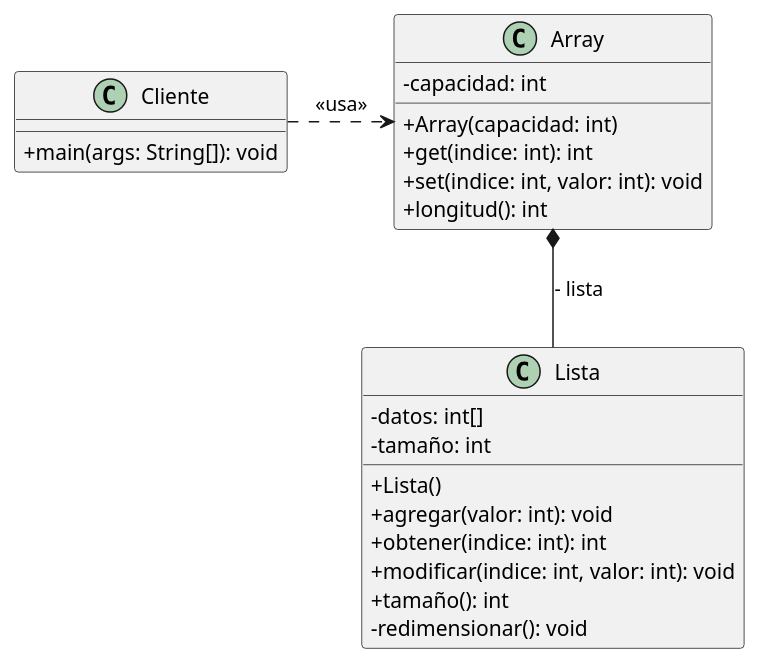
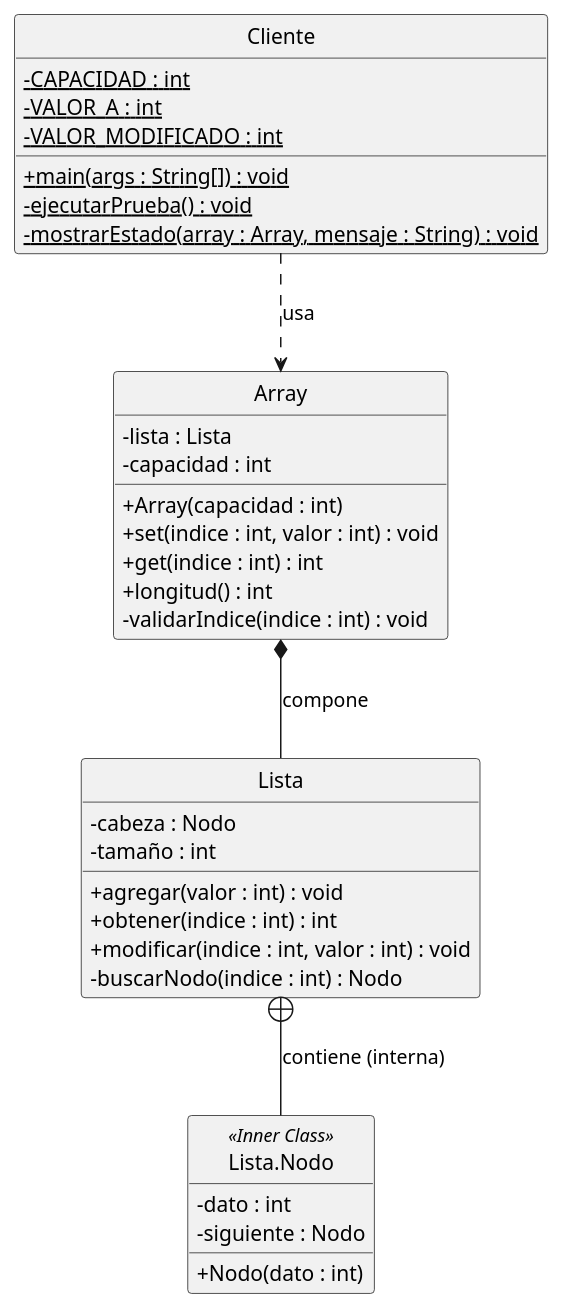
Before and after one commit to sergioopuente/25-26-EDA1: the diagram in entregas/valdesCarlos/documentosUML/Diagrama.puml, drawn with PlantUML.

Commit message:
Refactor UML

```diff
--- a/entregas/valdesCarlos/documentosUML/Diagrama.puml
+++ b/entregas/valdesCarlos/documentosUML/Diagrama.puml
@@ -1,29 +1,43 @@
 @startuml
 skinparam classAttributeIconSize 0
+hide circle
 
 class Cliente {
-    + main(args: String[]): void
+  - {static} CAPACIDAD : int
+  - {static} VALOR_A : int
+  - {static} VALOR_MODIFICADO : int
+  + {static} main(args : String[]) : void
+  - {static} ejecutarPrueba() : void
+  - {static} mostrarEstado(array : Array, mensaje : String) : void
 }
 
 class Array {
-    - capacidad: int
-    + Array(capacidad: int)
-    + get(indice: int): int
-    + set(indice: int, valor: int): void
-    + longitud(): int
+  - lista : Lista
+  - capacidad : int
+  + Array(capacidad : int)
+  + set(indice : int, valor : int) : void
+  + get(indice : int) : int
+  + longitud() : int
+  - validarIndice(indice : int) : void
 }
 
 class Lista {
-    - datos: int[]
-    - tamaño: int
-    + Lista()
-    + agregar(valor: int): void
-    + obtener(indice: int): int
-    + modificar(indice: int, valor: int): void
-    + tamaño(): int
-    - redimensionar(): void
+  - cabeza : Nodo
+  - tamaño : int
+  + agregar(valor : int) : void
+  + obtener(indice : int) : int
+  + modificar(indice : int, valor : int) : void
+  - buscarNodo(indice : int) : Nodo
 }
 
-Cliente .right.> Array : <<usa>>
-Array *-- Lista : - lista
+class "Lista.Nodo" as Nodo << (I,orchid) Inner Class >> {
+  - dato : int
+  - siguiente : Nodo
+  + Nodo(dato : int)
+}
+
+Cliente ..> Array : usa
+Array *-- Lista : compone
+Lista +-- Nodo : contiene (interna)
+
 @enduml
```
